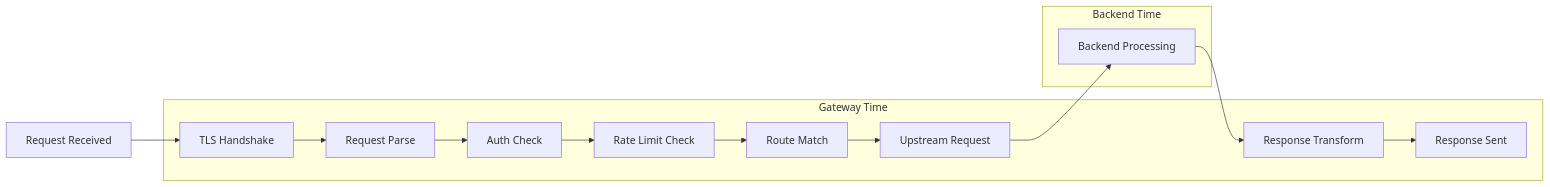
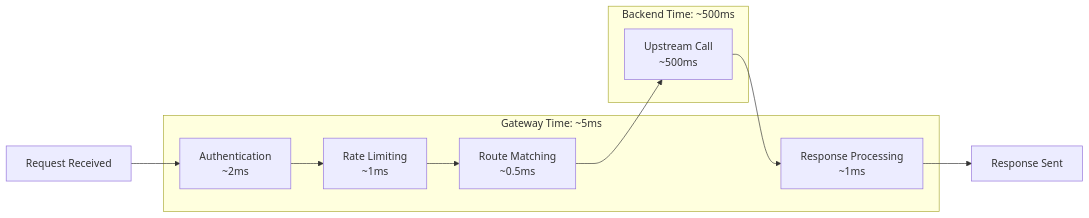
Before and after one commit to webstackdev/astro.webstackbuilders.com: the diagram in src/content/articles/api-gateway-metrics-traces-logs-debugging/index.mdx, drawn with Mermaid. The commit also changed other lines of this file and 5 other files, not shown here.

````diff
--- a/src/content/articles/api-gateway-metrics-traces-logs-debugging/index.mdx
+++ b/src/content/articles/api-gateway-metrics-traces-logs-debugging/index.mdx
@@ -99,27 +40,20 @@
 ```mermaid
 graph LR
-    A[Request Received] --> B[TLS Handshake]
-    B --> C[Request Parse]
-    C --> D[Auth Check]
-    D --> E[Rate Limit Check]
-    E --> F[Route Match]
-    F --> G[Upstream Request]
-    G --> H[Backend Processing]
-    H --> I[Response Transform]
-    I --> J[Response Sent]
+    A[Request Received] --> B[Authentication<br/>~2ms]
+    B --> C[Rate Limiting<br/>~1ms]
+    C --> D[Route Matching<br/>~0.5ms]
+    D --> E[Upstream Call<br/>~500ms]
+    E --> F[Response Processing<br/>~1ms]
+    F --> G[Response Sent]
 
-    subgraph "Gateway Time"
+    subgraph "Gateway Time: ~5ms"
         B
         C
         D
-        E
         F
-        G
-        I
-        J
     end
 
-    subgraph "Backend Time"
-        H
+    subgraph "Backend Time: ~500ms"
+        E
     end
 ```
````
